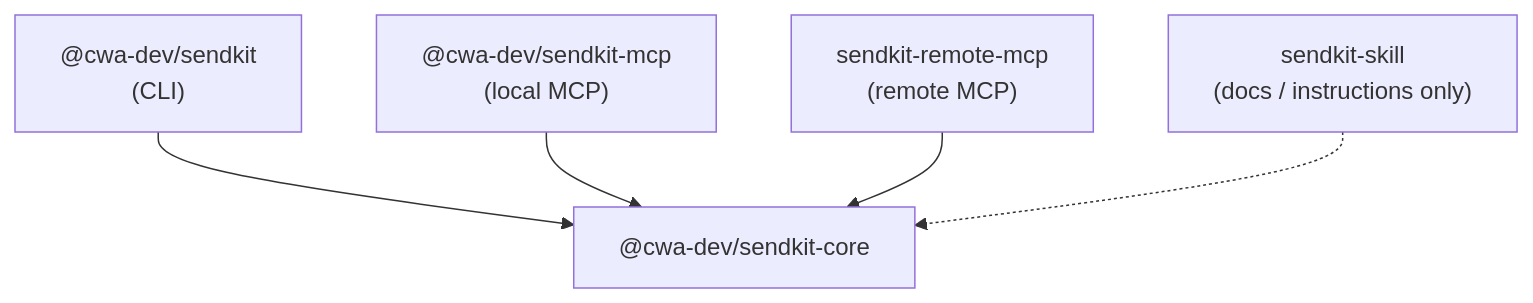
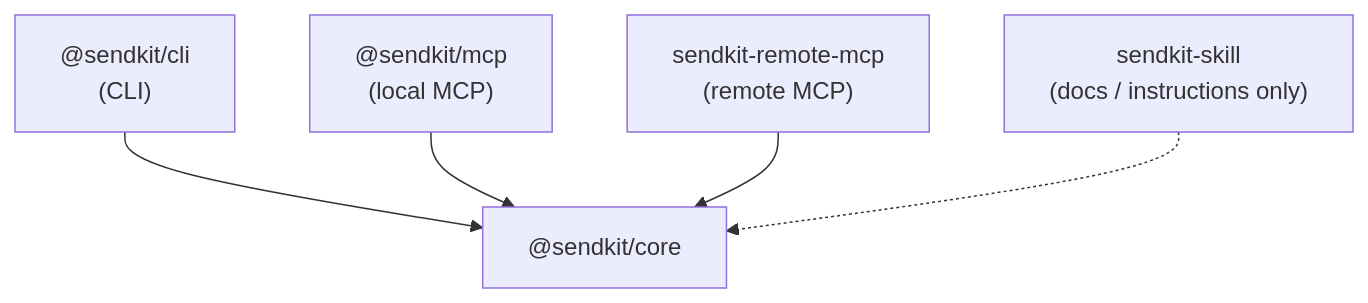
The second of 2 diagrams in sendkit-repo/README.md (Rishith241/Send-kit), drawn with Mermaid before and after one commit. The commit also changed other lines of this file and 22 other files, not shown here.

````diff
--- a/sendkit-repo/README.md
+++ b/sendkit-repo/README.md
@@ -434,7 +432,7 @@
 ```mermaid
 flowchart TD
-    CLI["@cwa-dev/sendkit<br/>(CLI)"] --> CORE["@cwa-dev/sendkit-core"]
-    MCP["@cwa-dev/sendkit-mcp<br/>(local MCP)"] --> CORE
+    CLI["@sendkit/cli<br/>(CLI)"] --> CORE["@sendkit/core"]
+    MCP["@sendkit/mcp<br/>(local MCP)"] --> CORE
     REMOTE["sendkit-remote-mcp<br/>(remote MCP)"] --> CORE
     SKILL["sendkit-skill<br/>(docs / instructions only)"] -.-> CORE
 ```
````
